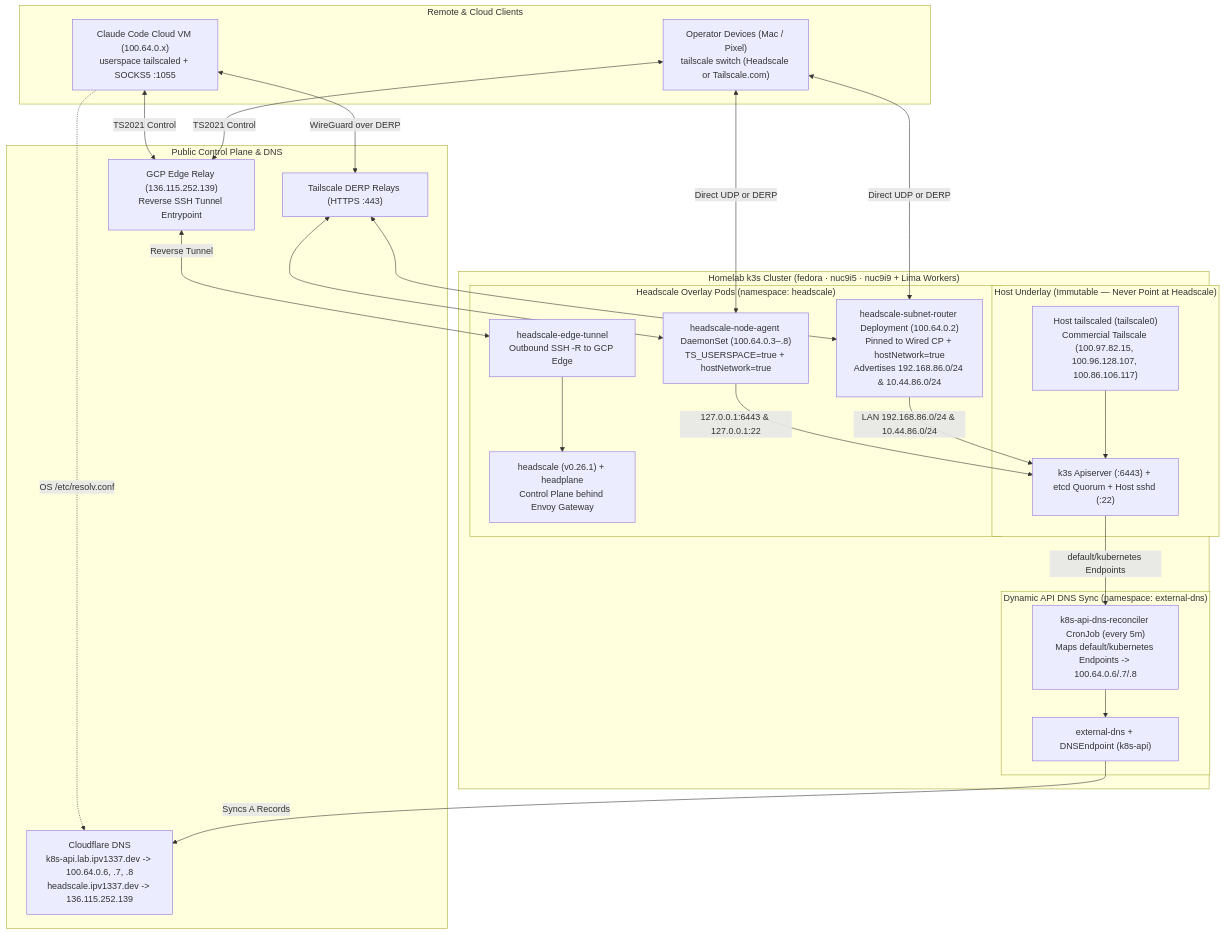
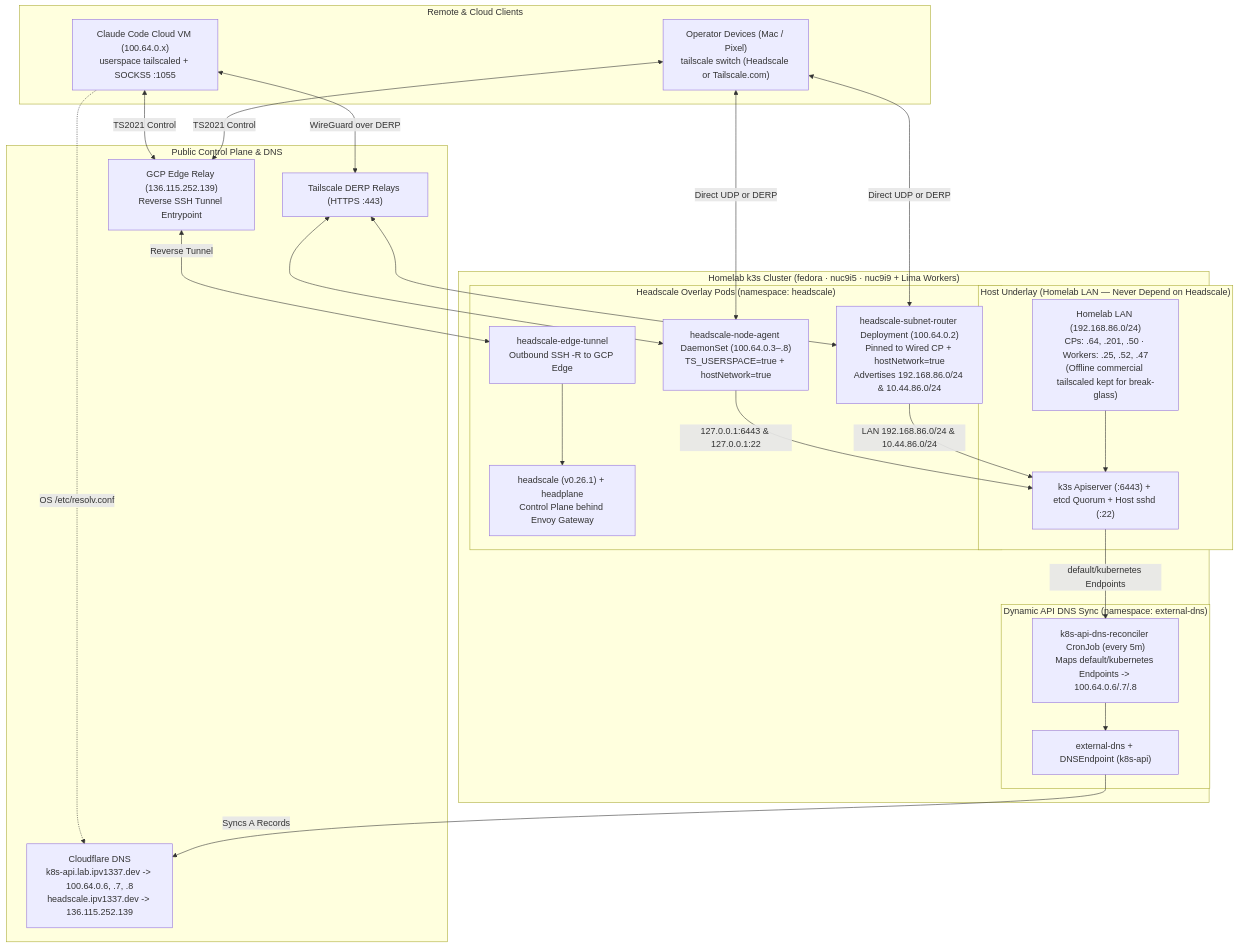
One commit to VitruvianSoftware/vitruvian-core changed the diagram in docs/admin/headscale-tailscale-failover.md. Above: the diagram before and after it, drawn with Mermaid. The commit also changed other lines of this file and 1 other file, not shown here.

Commit message:
docs(headscale): update failover runbook for LAN underlay

````diff
--- a/docs/admin/headscale-tailscale-failover.md
+++ b/docs/admin/headscale-tailscale-failover.md
@@ -18,51 +18,51 @@
 ```mermaid
 flowchart TB
   subgraph Clients["Remote & Cloud Clients"]
     CC["Claude Code Cloud VM (100.64.0.x)\nuserspace tailscaled + SOCKS5 :1055"]
     OP["Operator Devices (Mac / Pixel)\ntailscale switch (Headscale or Tailscale.com)"]
   end
 
   subgraph Edge["Public Control Plane & DNS"]
     CF["Cloudflare DNS\nk8s-api.lab.ipv1337.dev -> 100.64.0.6, .7, .8\nheadscale.ipv1337.dev -> 136.115.252.139"]
     GCP["GCP Edge Relay (136.115.252.139)\nReverse SSH Tunnel Entrypoint"]
     DERP["Tailscale DERP Relays (HTTPS :443)"]
   end
 
   subgraph Cluster["Homelab k3s Cluster (fedora · nuc9i5 · nuc9i9 + Lima Workers)"]
-    subgraph Underlay["Host Underlay (Immutable — Never Point at Headscale)"]
-      TS0["Host tailscaled (tailscale0)\nCommercial Tailscale (100.97.82.15, 100.96.128.107, 100.86.106.117)"]
+    subgraph Underlay["Host Underlay (Homelab LAN — Never Depend on Headscale)"]
+      LAN["Homelab LAN (192.168.86.0/24)\nCPs: .64, .201, .50 · Workers: .25, .52, .47\n(Offline commercial tailscaled kept for break-glass)"]
       K3S["k3s Apiserver (:6443) + etcd Quorum + Host sshd (:22)"]
-      TS0 --> K3S
+      LAN --> K3S
     end
 
     subgraph Overlay["Headscale Overlay Pods (namespace: headscale)"]
       ET["headscale-edge-tunnel\nOutbound SSH -R to GCP Edge"]
       HS["headscale (v0.26.1) + headplane\nControl Plane behind Envoy Gateway"]
       NA["headscale-node-agent DaemonSet (100.64.0.3–.8)\nTS_USERSPACE=true + hostNetwork=true"]
       SR["headscale-subnet-router Deployment (100.64.0.2)\nPinned to Wired CP + hostNetwork=true\nAdvertises 192.168.86.0/24 & 10.44.86.0/24"]
     end
 
     subgraph DNSReconcile["Dynamic API DNS Sync (namespace: external-dns)"]
       CJ["k8s-api-dns-reconciler CronJob (every 5m)\nMaps default/kubernetes Endpoints -> 100.64.0.6/.7/.8"]
       EDNS["external-dns + DNSEndpoint (k8s-api)"]
       CJ --> EDNS
     end
   end
 
   CC -.->|"OS /etc/resolv.conf"| CF
   CC <-->|"TS2021 Control"| GCP
   OP <-->|"TS2021 Control"| GCP
   GCP <-->|"Reverse Tunnel"| ET
   ET --> HS
 
   CC <-->|"WireGuard over DERP"| DERP
   OP <-->|"Direct UDP or DERP"| NA
   OP <-->|"Direct UDP or DERP"| SR
   DERP <--> NA
   DERP <--> SR
 
   NA -->|"127.0.0.1:6443 & 127.0.0.1:22"| K3S
   SR -->|"LAN 192.168.86.0/24 & 10.44.86.0/24"| K3S
   K3S -->|"default/kubernetes Endpoints"| CJ
   EDNS -->|"Syncs A Records"| CF
 ```
````
